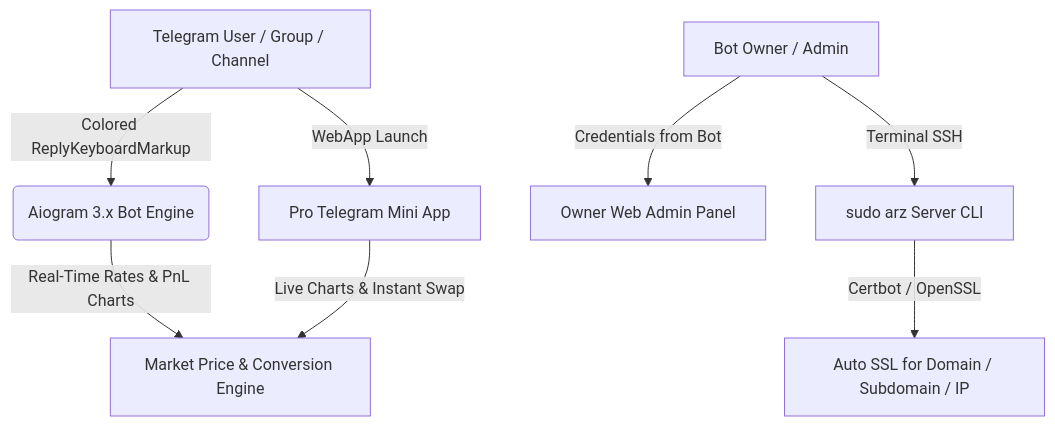
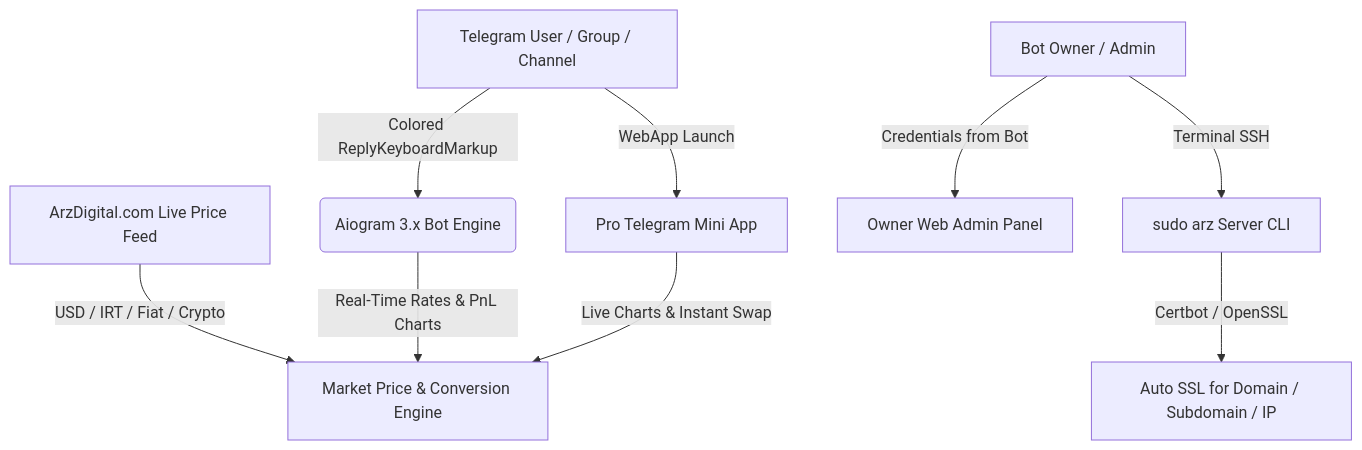
The diagram in README.md (samkaren12/ArzPulse-Bot), drawn with Mermaid before and after one commit. The commit also changed other lines of this file and 21 other files, not shown here.

First line of the commit message:
feat(currency): integrate ArzDigital live rates and update UI/config

````diff
--- a/README.md
+++ b/README.md
@@ -62,10 +70,11 @@
 ```mermaid
 graph TD
+    A[ArzDigital.com Live Price Feed] -->|USD / IRT / Fiat / Crypto| E[Market Price & Conversion Engine]
     U[Telegram User / Group / Channel] -->|Colored ReplyKeyboardMarkup| B(Aiogram 3.x Bot Engine)
     U -->|WebApp Launch| M[Pro Telegram Mini App]
     O[Bot Owner / Admin] -->|Credentials from Bot| W[Owner Web Admin Panel]
     O -->|Terminal SSH| S[sudo arz Server CLI]
-    B -->|Real-Time Rates & PnL Charts| E[Market Price & Conversion Engine]
+    B -->|Real-Time Rates & PnL Charts| E
     M -->|Live Charts & Instant Swap| E
     S -->|Certbot / OpenSSL| SSL[Auto SSL for Domain / Subdomain / IP]
 ```
````
